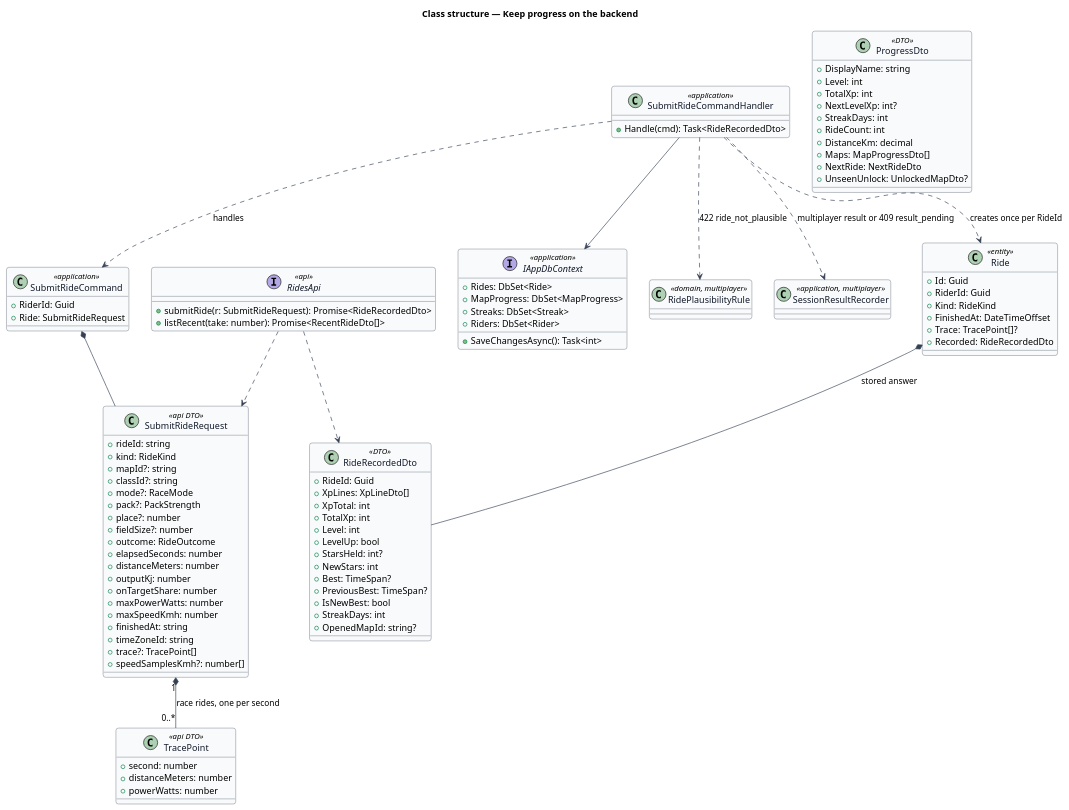
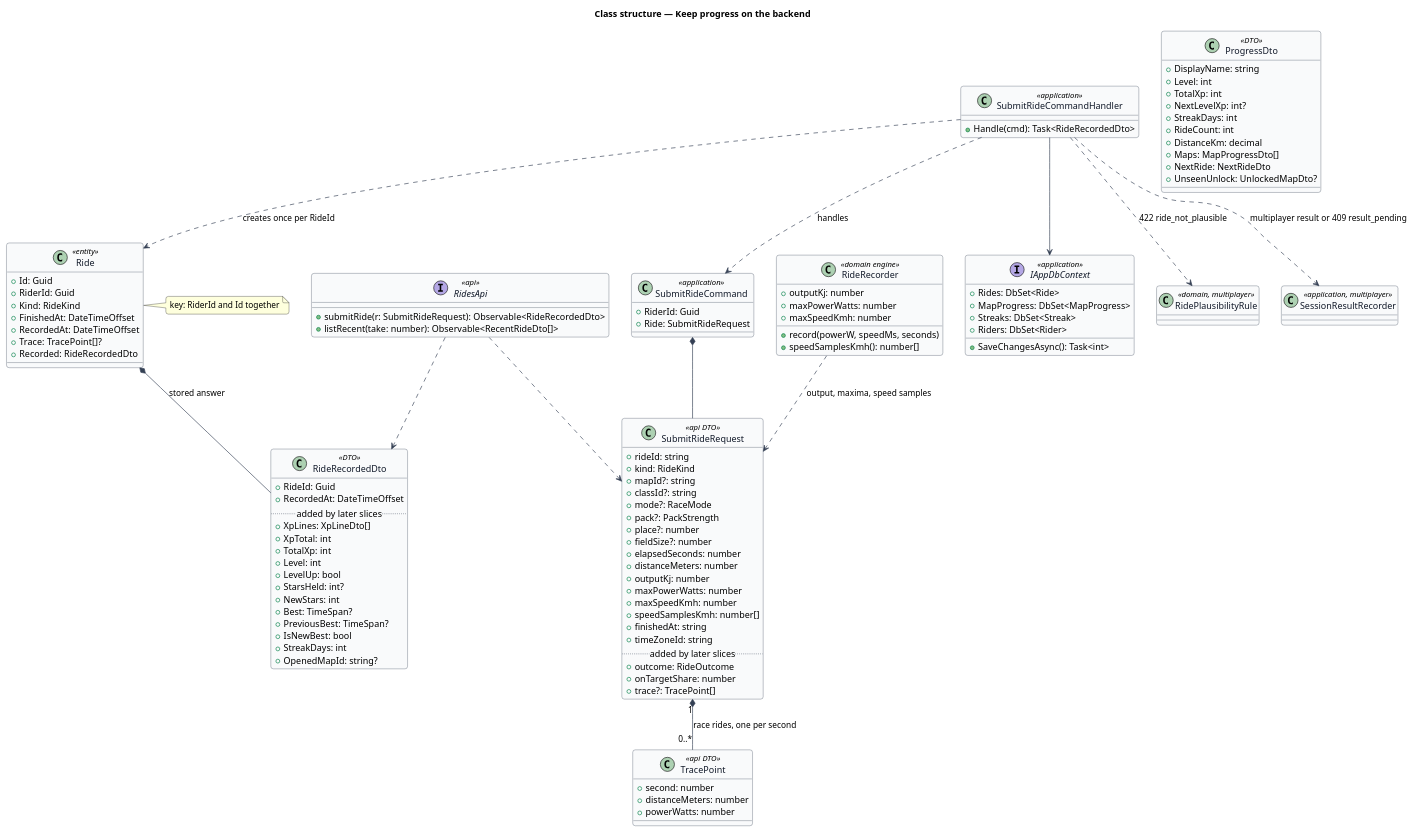
Before and after one commit to QuinntyneBrown/ride-one: the diagram in docs/detailed-designs/progression/keep-progress-on-the-backend/diagrams/class-structure.puml, drawn with PlantUML. The commit also changed 5 other files, not shown here.

First line of the commit message:
Align the record-a-ride design with slice 10.1

```diff
--- a/docs/detailed-designs/progression/keep-progress-on-the-backend/diagrams/class-structure.puml
+++ b/docs/detailed-designs/progression/keep-progress-on-the-backend/diagrams/class-structure.puml
@@ -1,106 +1,119 @@
 @startuml
 ' --- shared skin header ---
 skinparam backgroundColor #FFFFFF
 skinparam shadowing false
 skinparam roundcorner 8
 skinparam defaultFontName Arial
 skinparam ArrowColor #344054
 skinparam class {
   BorderColor #344054
   FontColor #101828
   BackgroundColor #F9FAFB
 }
 ' --------------------------
 title Class structure — Keep progress on the backend
 class SubmitRideRequest <<api DTO>> {
   +rideId: string
   +kind: RideKind
   +mapId?: string
   +classId?: string
   +mode?: RaceMode
   +pack?: PackStrength
   +place?: number
   +fieldSize?: number
-  +outcome: RideOutcome
   +elapsedSeconds: number
   +distanceMeters: number
   +outputKj: number
-  +onTargetShare: number
   +maxPowerWatts: number
   +maxSpeedKmh: number
+  +speedSamplesKmh: number[]
   +finishedAt: string
   +timeZoneId: string
+  .. added by later slices ..
+  +outcome: RideOutcome
+  +onTargetShare: number
   +trace?: TracePoint[]
-  +speedSamplesKmh?: number[]
+}
+class RideRecorder <<domain engine>> {
+  +record(powerW, speedMs, seconds)
+  +outputKj: number
+  +maxPowerWatts: number
+  +maxSpeedKmh: number
+  +speedSamplesKmh(): number[]
 }
 class TracePoint <<api DTO>> {
   +second: number
   +distanceMeters: number
   +powerWatts: number
 }
 class SubmitRideCommand <<application>> {
   +RiderId: Guid
   +Ride: SubmitRideRequest
 }
 class SubmitRideCommandHandler <<application>> {
   +Handle(cmd): Task<RideRecordedDto>
 }
 class Ride <<entity>> {
   +Id: Guid
   +RiderId: Guid
   +Kind: RideKind
   +FinishedAt: DateTimeOffset
+  +RecordedAt: DateTimeOffset
   +Trace: TracePoint[]?
   +Recorded: RideRecordedDto
 }
+note right of Ride : key: RiderId and Id together
 class RideRecordedDto <<DTO>> {
   +RideId: Guid
+  +RecordedAt: DateTimeOffset
+  .. added by later slices ..
   +XpLines: XpLineDto[]
   +XpTotal: int
   +TotalXp: int
   +Level: int
   +LevelUp: bool
   +StarsHeld: int?
   +NewStars: int
   +Best: TimeSpan?
   +PreviousBest: TimeSpan?
   +IsNewBest: bool
   +StreakDays: int
   +OpenedMapId: string?
 }
 class ProgressDto <<DTO>> {
   +DisplayName: string
   +Level: int
   +TotalXp: int
   +NextLevelXp: int?
   +StreakDays: int
   +RideCount: int
   +DistanceKm: decimal
   +Maps: MapProgressDto[]
   +NextRide: NextRideDto
   +UnseenUnlock: UnlockedMapDto?
 }
 interface IAppDbContext <<application>> {
   +Rides: DbSet<Ride>
   +MapProgress: DbSet<MapProgress>
   +Streaks: DbSet<Streak>
   +Riders: DbSet<Rider>
   +SaveChangesAsync(): Task<int>
 }
 interface RidesApi <<api>> {
-  +submitRide(r: SubmitRideRequest): Promise<RideRecordedDto>
-  +listRecent(take: number): Promise<RecentRideDto[]>
+  +submitRide(r: SubmitRideRequest): Observable<RideRecordedDto>
+  +listRecent(take: number): Observable<RecentRideDto[]>
 }
 SubmitRideRequest "1" *-- "0..*" TracePoint : race rides, one per second
 SubmitRideCommand *-- SubmitRideRequest
 SubmitRideCommandHandler ..> SubmitRideCommand : handles
 SubmitRideCommandHandler --> IAppDbContext
 SubmitRideCommandHandler ..> RidePlausibilityRule : 422 ride_not_plausible
 SubmitRideCommandHandler ..> SessionResultRecorder : multiplayer result or 409 result_pending
 class RidePlausibilityRule <<domain, multiplayer>>
 class SessionResultRecorder <<application, multiplayer>>
 SubmitRideCommandHandler ..> Ride : creates once per RideId
 Ride *-- RideRecordedDto : stored answer
+RideRecorder ..> SubmitRideRequest : output, maxima, speed samples
 RidesApi ..> SubmitRideRequest
 RidesApi ..> RideRecordedDto
 @enduml
```
